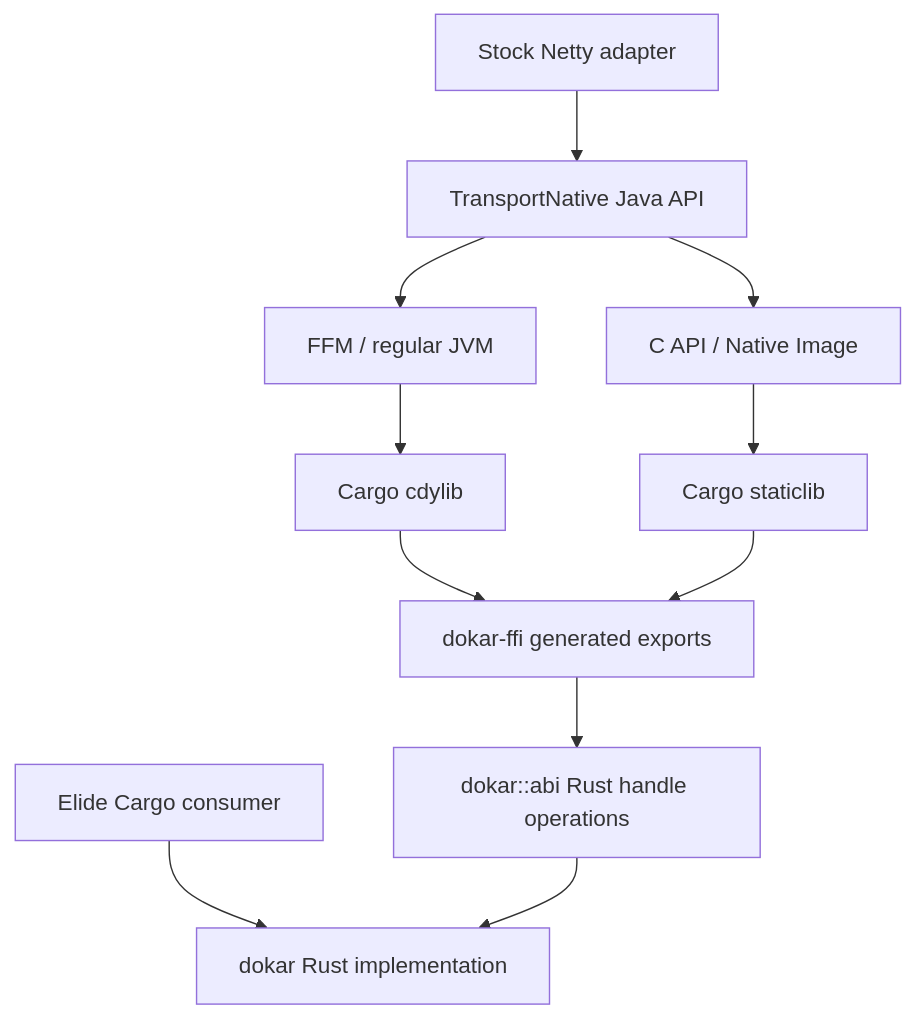
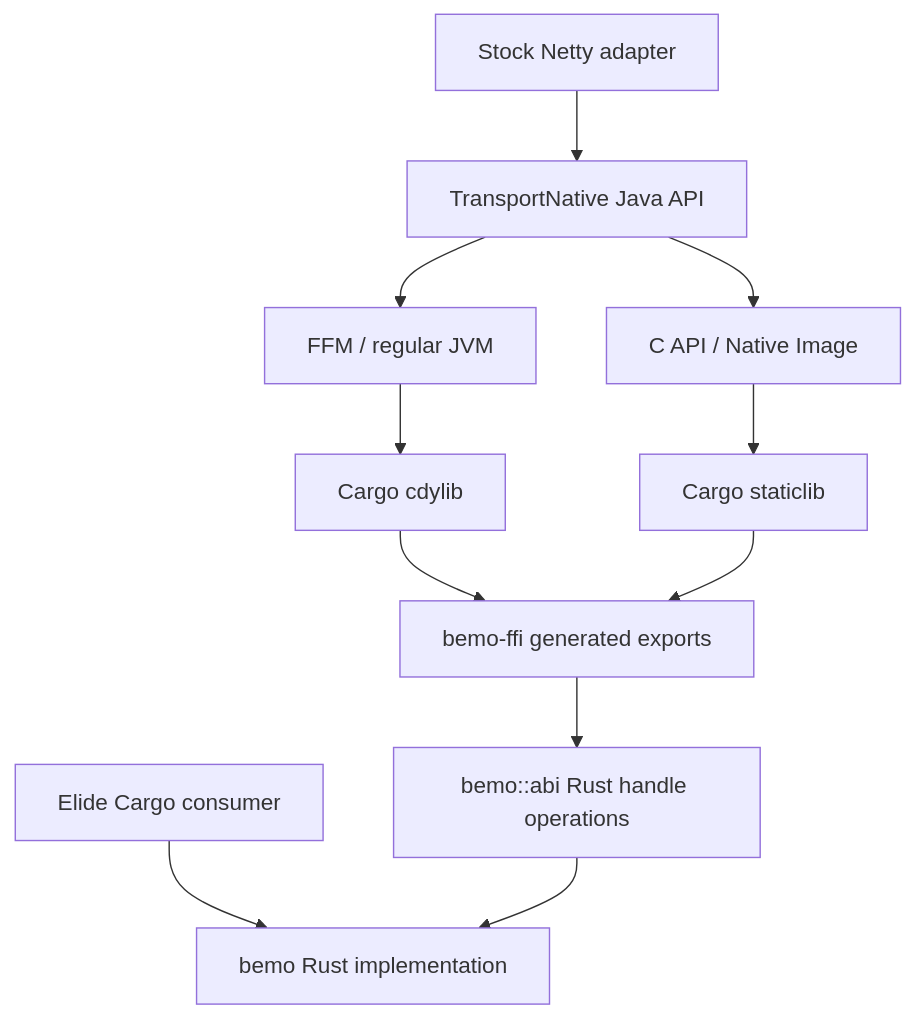
One commit to elide-dev/bemo changed the diagram in docs/architecture.md. Above: the diagram before and after it, drawn with Mermaid. The commit also changed other lines of this file and 220 other files, not shown here.

Commit message:
refactor: rename Dokar to Bemo and dev.elide.bemo

````diff
--- a/docs/architecture.md
+++ b/docs/architecture.md
@@ -3,13 +3,13 @@
 ```mermaid
 flowchart TD
-  Elide[Elide Cargo consumer] --> Core[dokar Rust implementation]
+  Elide[Elide Cargo consumer] --> Core[bemo Rust implementation]
   Netty[Stock Netty adapter] --> API[TransportNative Java API]
   API --> FFM[FFM / regular JVM]
   API --> SVM[C API / Native Image]
   FFM --> Shared[Cargo cdylib]
   SVM --> Static[Cargo staticlib]
-  Shared --> ABI[dokar-ffi generated exports]
+  Shared --> ABI[bemo-ffi generated exports]
   Static --> ABI
-  ABI --> Handles[dokar::abi Rust handle operations]
+  ABI --> Handles[bemo::abi Rust handle operations]
   Handles --> Core
 ```
````
